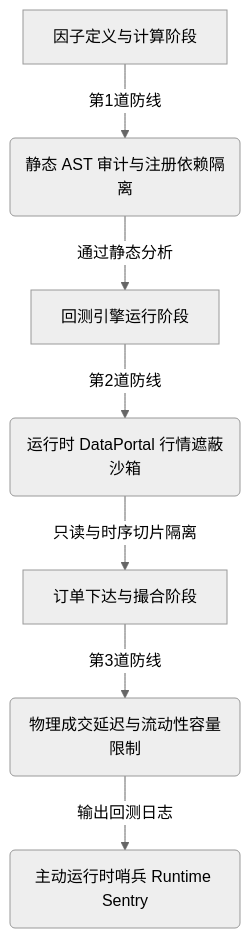
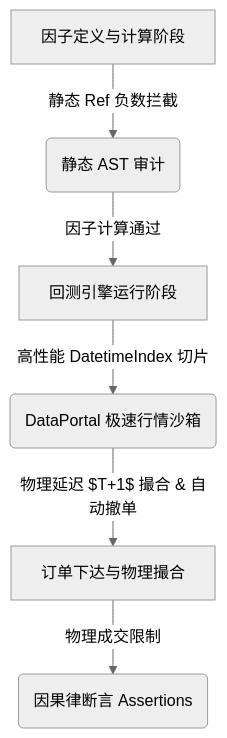
Before and after one commit to 20070316lbw-netizen/miniqlib: the diagram in EXP_and_LOG/2026-05-27/strict_leakage_prevention_and_event_driven_backtest_plan.md, drawn with Mermaid (neutral theme). The commit also changed other lines of this file and 42 other files, not shown here.

````diff
--- a/EXP_and_LOG/2026-05-27/strict_leakage_prevention_and_event_driven_backtest_plan.md
+++ b/EXP_and_LOG/2026-05-27/strict_leakage_prevention_and_event_driven_backtest_plan.md
@@ -43,9 +39,8 @@
 ```mermaid
 graph TD
-    A[因子定义与计算阶段] -->|第1道防线| B(静态 AST 审计与注册依赖隔离)
-    B -->|通过静态分析| C[回测引擎运行阶段]
-    C -->|第2道防线| D(运行时 DataPortal 行情遮蔽沙箱)
-    D -->|只读与时序切片隔离| E[订单下达与撮合阶段]
-    E -->|第3道防线| F(物理成交延迟与流动性容量限制)
-    F -->|输出回测日志| G(主动运行时哨兵 Runtime Sentry)
+    A[因子定义与计算阶段] -->|静态 Ref 负数拦截| B(静态 AST 审计)
+    B -->|因子计算通过| C[回测引擎运行阶段]
+    C -->|高性能 DatetimeIndex 切片| D(DataPortal 极速行情沙箱)
+    D -->|物理延迟 $T+1$ 撮合 & 自动撤单| E[订单下达与物理撮合]
+    E -->|物理成交限制| F(因果律断言 Assertions)
 ```
````
